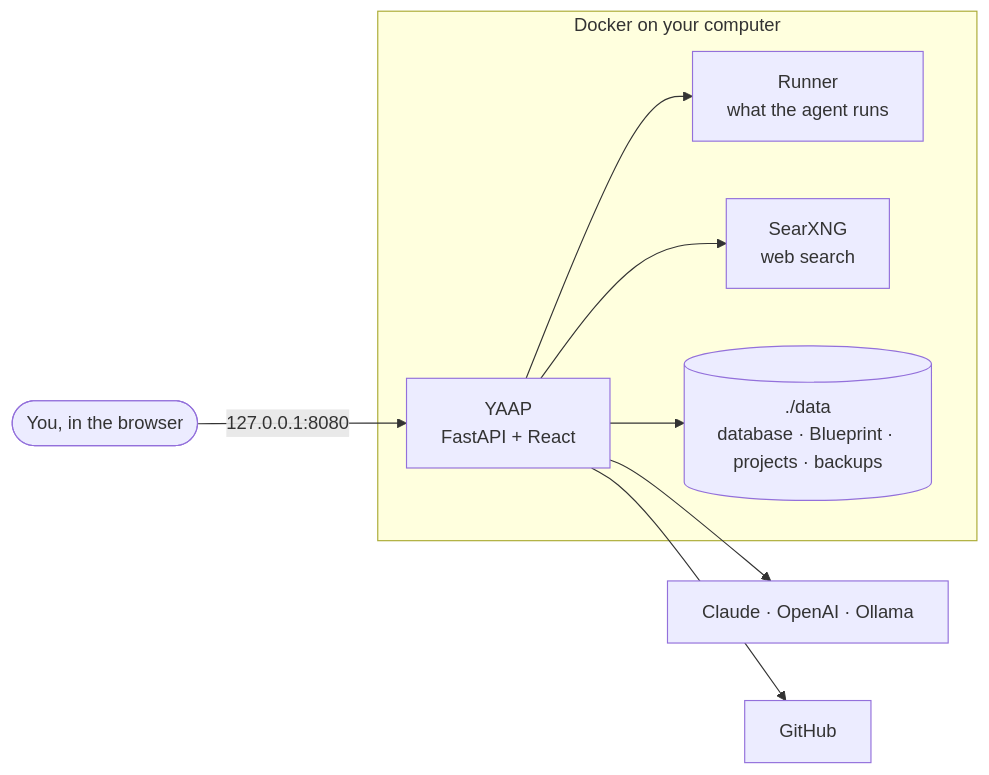
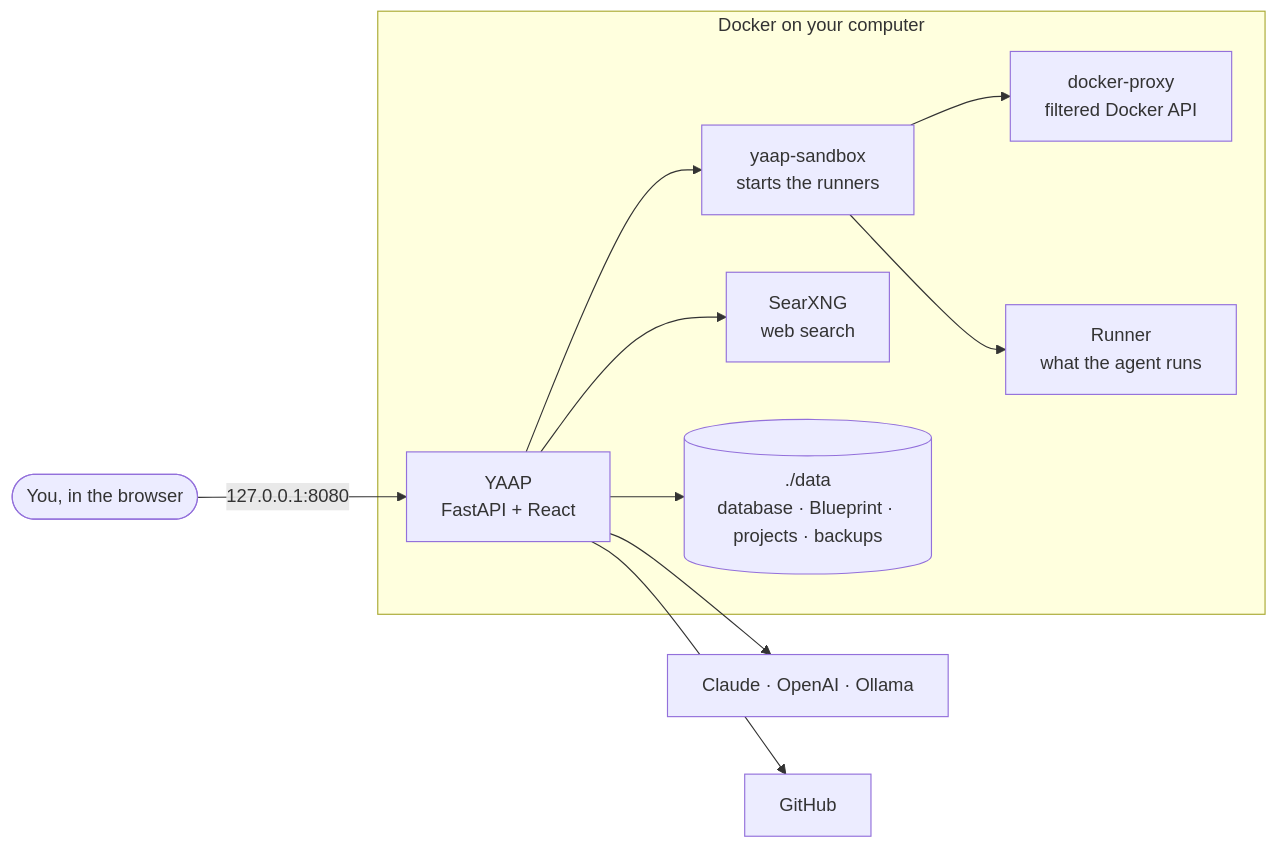
Before and after one commit to jelvodev/yaap: the diagram in README.md, drawn with Mermaid. The commit also changed 32 other files, not shown here.

````diff
--- a/README.md
+++ b/README.md
@@ -57,17 +57,21 @@
 ```mermaid
 flowchart LR
     you(["You, in the browser"]) -->|"127.0.0.1:8080"| yaap
 
     subgraph docker["Docker on your computer"]
         yaap["YAAP<br/>FastAPI + React"]
+        helper["yaap-sandbox<br/>starts the runners"]
+        proxy["docker-proxy<br/>filtered Docker API"]
         runner["Runner<br/>what the agent runs"]
         searxng["SearXNG<br/>web search"]
         data[("./data<br/>database · Blueprint · projects · backups")]
     end
 
-    yaap --> runner
+    yaap --> helper
+    helper --> proxy
+    helper --> runner
     yaap --> searxng
     yaap --> data
     yaap --> models["Claude · OpenAI · Ollama"]
     yaap --> github["GitHub"]
 ```
````
